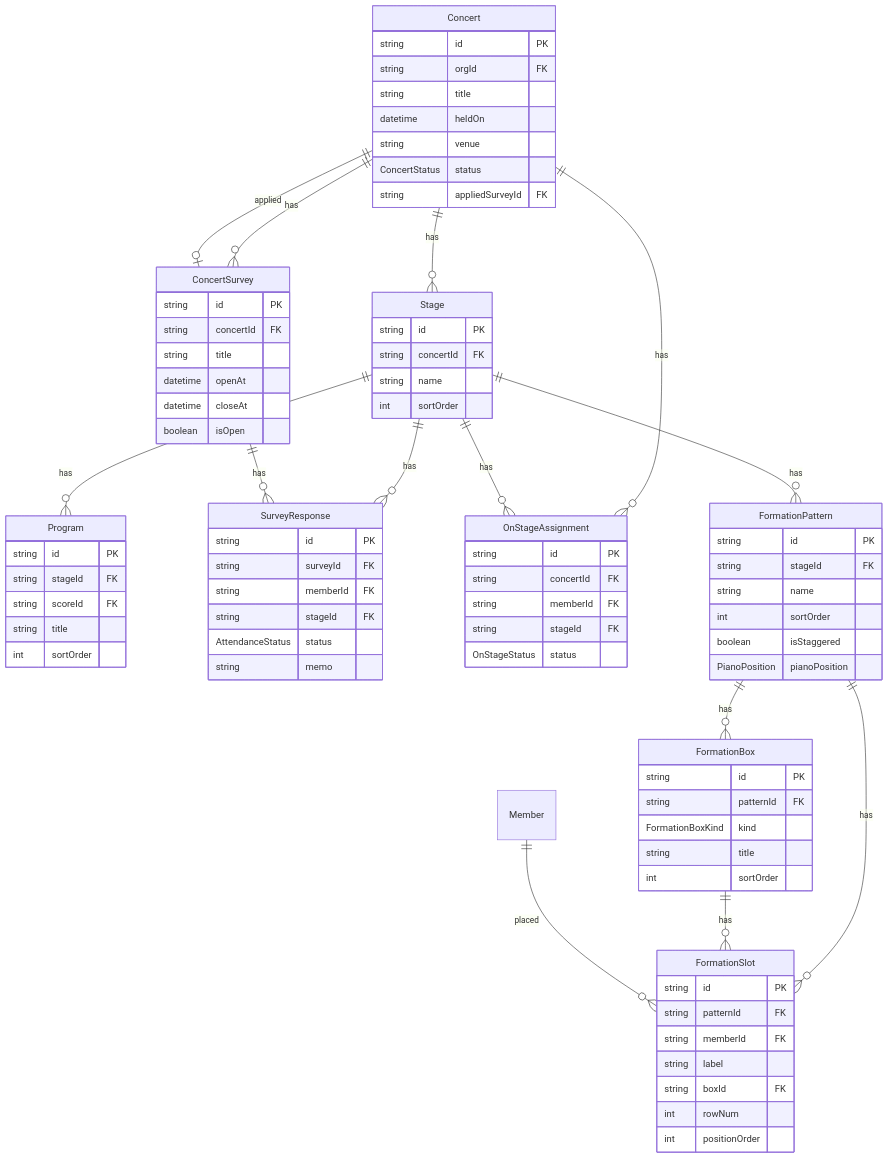
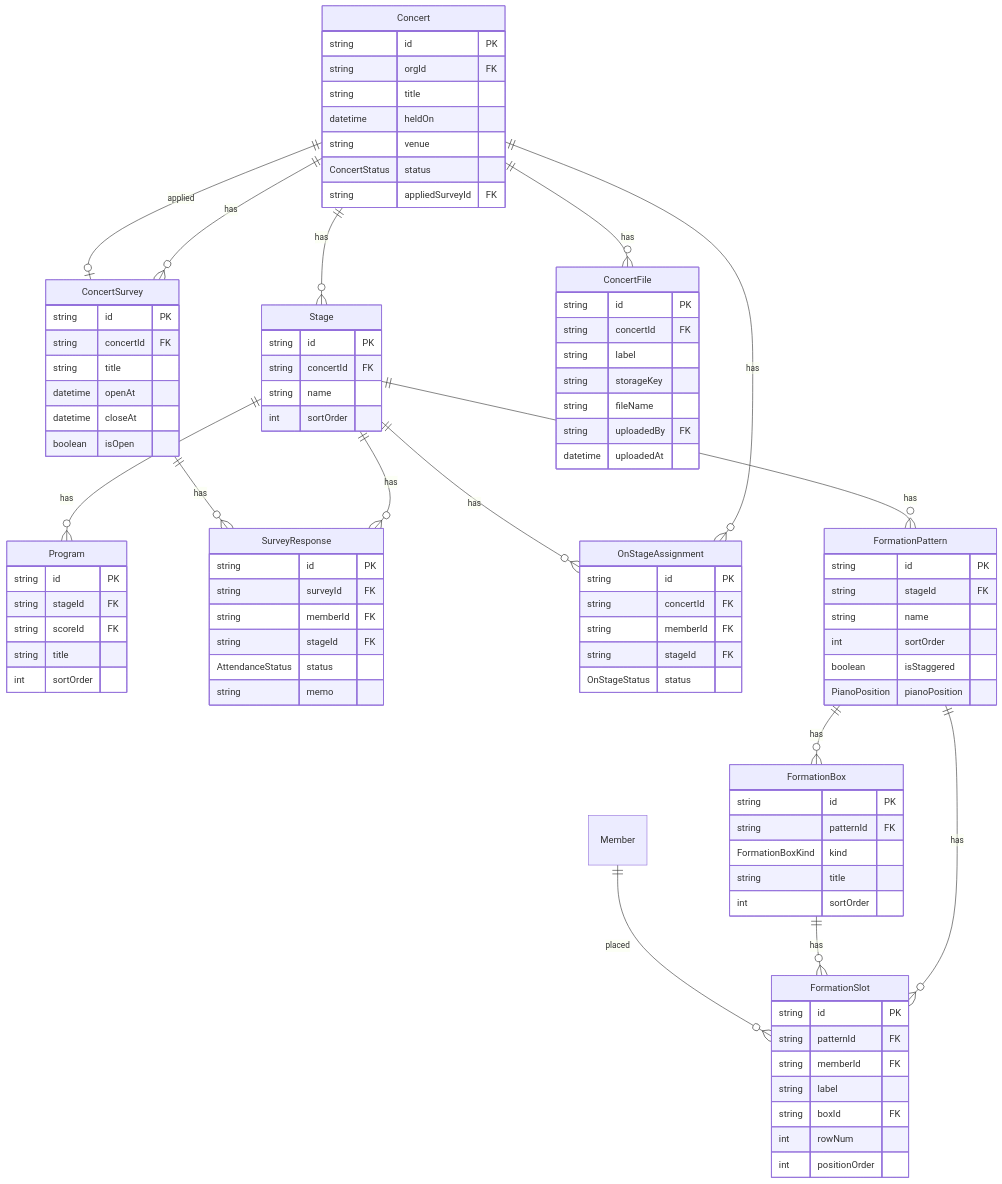
One commit to Genki1019/choirhub changed the fifth of 7 diagrams in docs/database.md. Above: the diagram before and after it, drawn with Mermaid. The commit also changed other lines of this file and 28 other files, not shown here.

```diff
--- a/docs/database.md
+++ b/docs/database.md
@@ -306,11 +318,21 @@
         int    rowNum
         int    positionOrder
     }
+    ConcertFile {
+        string   id PK
+        string   concertId FK
+        string   label
+        string   storageKey
+        string   fileName
+        string   uploadedBy FK
+        datetime uploadedAt
+    }
 
     Concert          ||--o{ Stage             : "has"
     Concert          ||--o{ ConcertSurvey     : "has"
     Concert          ||--o{ OnStageAssignment : "has"
     Concert          ||--o| ConcertSurvey     : "applied"
+    Concert          ||--o{ ConcertFile       : "has"
     Stage            ||--o{ Program           : "has"
     Stage            ||--o{ SurveyResponse    : "has"
     Stage            ||--o{ OnStageAssignment : "has"
```
